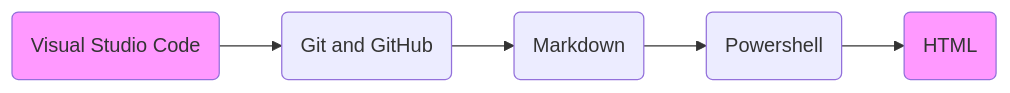
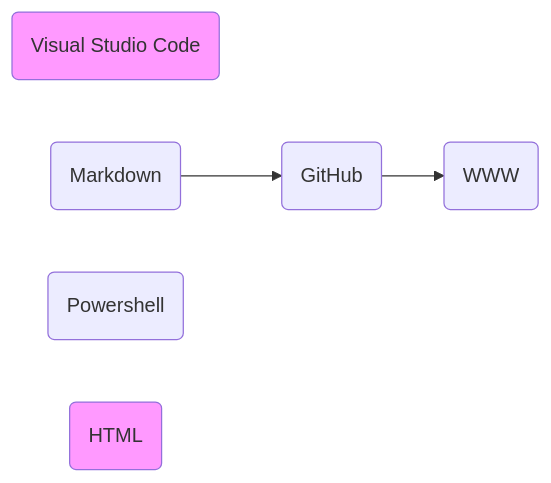
The diagram in README.md (phdonner/phdonner), drawn with Mermaid before and after one commit.

````diff
--- a/README.md
+++ b/README.md
@@ -23,11 +23,12 @@
 ```mermaid
 flowchart LR
     id1(Visual Studio Code)
-    id2(Git and GitHub)
+    id2(GitHub)
     id3(Markdown)
     id4(Powershell)
     id5(HTML)
-    id1-->id2-->id3-->id4-->id5
+    id6(WWW)
+    id3-->id2-->id6
 style id1 fill:#f9f;
 style id5 fill:#f9f;
 ```
````
